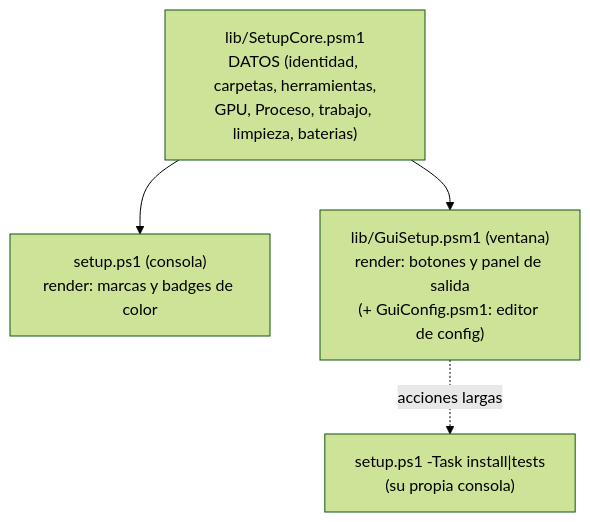
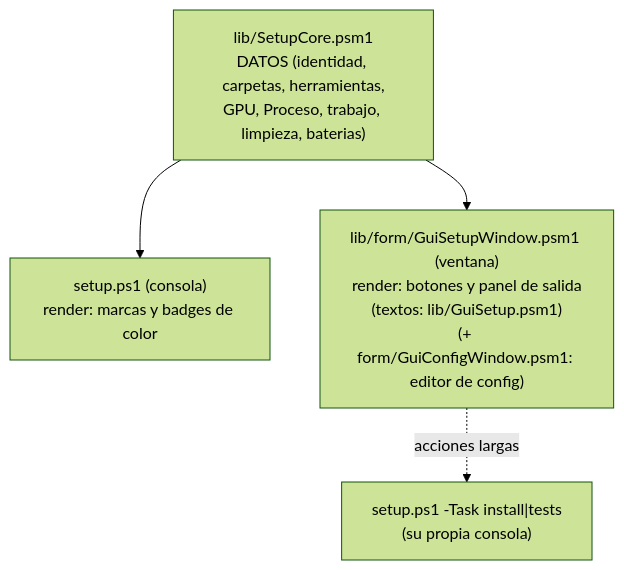
The diagram in docs/ref-setup.md (vsc55/ConvertVideo), drawn with Mermaid (forest theme) before and after one commit. The commit also changed 32 other files, not shown here.

````diff
--- a/docs/ref-setup.md
+++ b/docs/ref-setup.md
@@ -44,9 +44,9 @@
 ```mermaid
 flowchart TD
     CORE["lib/SetupCore.psm1<br/>DATOS (identidad, carpetas, herramientas,<br/>GPU, Proceso, trabajo, limpieza, baterias)"]
     CON["setup.ps1 (consola)<br/>render: marcas y badges de color"]
-    GUI["lib/GuiSetup.psm1 (ventana)<br/>render: botones y panel de salida<br/>(+ GuiConfig.psm1: editor de config)"]
+    GUI["lib/form/GuiSetupWindow.psm1 (ventana)<br/>render: botones y panel de salida<br/>(textos: lib/GuiSetup.psm1)<br/>(+ form/GuiConfigWindow.psm1: editor de config)"]
     CORE --> CON
     CORE --> GUI
     GUI -. "acciones largas" .-> TASK["setup.ps1 -Task install|tests<br/>(su propia consola)"]
 ```
````
